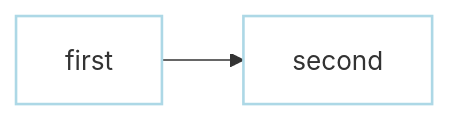
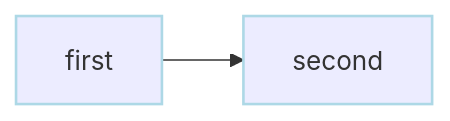
Before and after one commit to dagu-org/dagu: the first of 8 diagrams in docs-next/writing-workflows/examples/index.md, drawn with Mermaid. The commit also changed other lines of this file and 8 other files, not shown here.

````diff
--- a/docs-next/writing-workflows/examples/index.md
+++ b/docs-next/writing-workflows/examples/index.md
@@ -22,6 +21,6 @@
 ```mermaid
 graph LR
     A[first] --> B[second]
-    style A fill:white,stroke:lightblue,stroke-width:1.6px,color:#333
-    style B fill:white,stroke:lightblue,stroke-width:1.6px,color:#333
+    style A stroke:lightblue,stroke-width:1.6px,color:#333
+    style B stroke:lightblue,stroke-width:1.6px,color:#333
 ```
````
